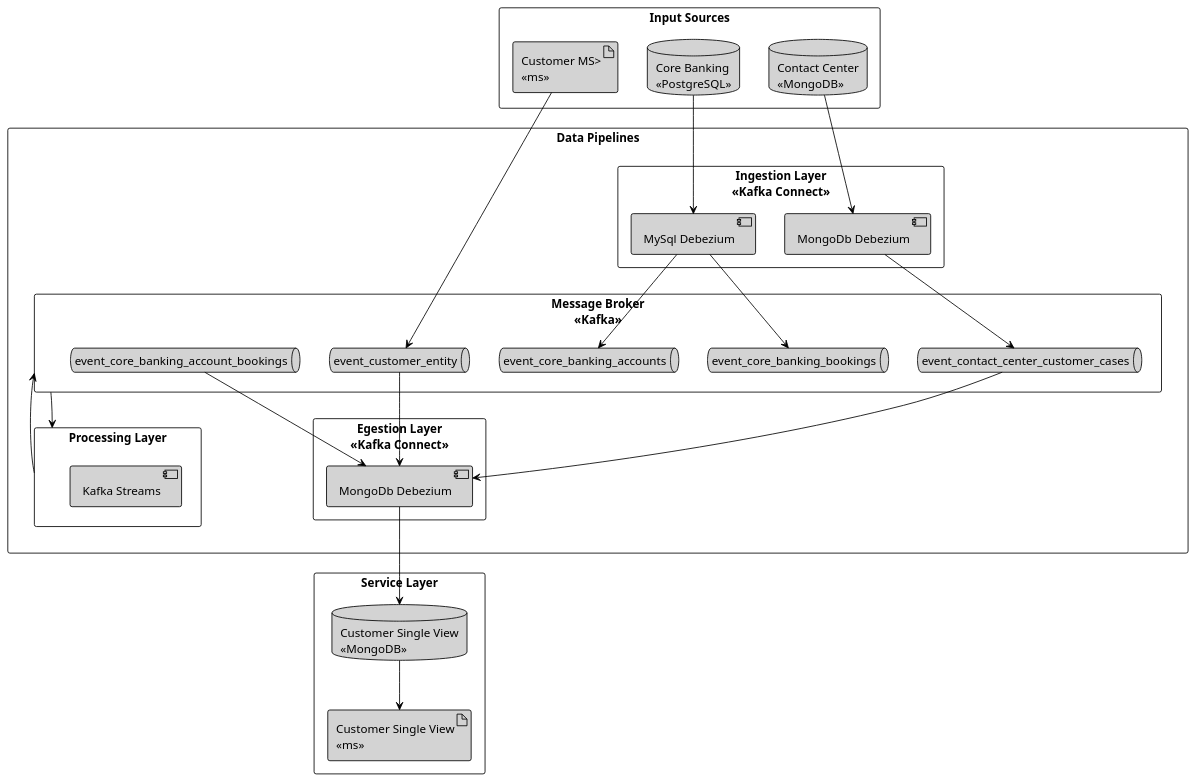
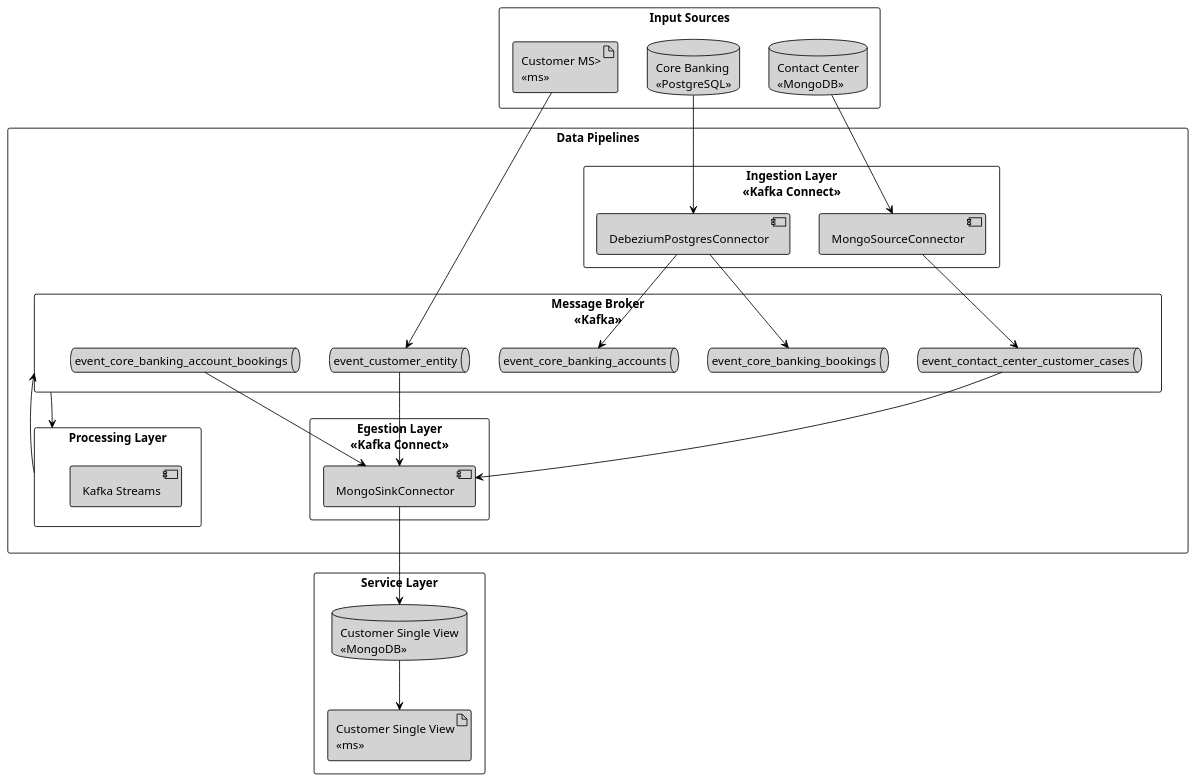
The diagram in doc/system-design.puml (scalvetr/costomer-single-view), drawn with PlantUML before and after one commit. The commit also changed 8 other files, not shown here.

Commit message:
kafka connect connectors config

```diff
--- a/doc/system-design.puml
+++ b/doc/system-design.puml
@@ -1,81 +1,81 @@
 @startuml
 'https://plantuml.com/deployment-diagram
 ''!theme aws-orange
 
 <style>
 componentDiagram {
   BackGroundColor white
   LineThickness 1
   LineColor black
 }
 database {
     BackGroundColor: lightgrey;
 }
 artifact {
     BackGroundColor: lightgrey;
 }
 component {
     BackGroundColor: lightgrey;
 }
 queue {
     BackGroundColor: lightgrey;
 }
 </style>
 
 rectangle "Input Sources" as inputs {
     artifact "Customer MS>\n<<ms>>" as ms_customer
     database "Core Banking\n<<PostgreSQL>>" as db_core_banking
     database "Contact Center\n<<MongoDB>>" as db_contact_center
 }
 
 rectangle "Data Pipelines" as pipelines {
     rectangle "Ingestion Layer\n<<Kafka Connect>>" as ingestion_layer {
-       component "MySql Debezium" as ingest_mysql_debezium
-       component "MongoDb Debezium" as ingest_mongodb_debezium
+       component "DebeziumPostgresConnector" as kafka_connect_postgres_source
+       component "MongoSourceConnector" as kafka_connect_mongo_source
     }
     rectangle "Message Broker\n<<Kafka>>" as message_broker {
         queue "event_customer_entity" as event_customer_entity
         queue "event_core_banking_bookings" as event_core_banking_bookings
         queue "event_core_banking_accounts" as event_core_banking_accounts
         queue "event_contact_center_customer_cases" as event_contact_center_customer_cases
         queue "event_core_banking_account_bookings" as event_core_banking_account_bookings
     }
 
     rectangle "Processing Layer" as processing_layer {
         component "Kafka Streams"
     }
 
     rectangle "Egestion Layer\n<<Kafka Connect>>" as egestion_layer {
-       component "MongoDb Debezium" as egest_mongodb_debezium
+       component "MongoSinkConnector" as kafka_connect_mongo_sink
     }
 
 }
 
 rectangle "Service Layer" as service_layer {
     artifact "Customer Single View\n<<ms>>" as ms_customer_single_view
     database "Customer Single View\n<<MongoDB>>" as db_customer_single_view
 }
 
 ' sources relations
 ms_customer --> event_customer_entity
-db_core_banking --> ingest_mysql_debezium
-db_contact_center --> ingest_mongodb_debezium
+db_core_banking --> kafka_connect_postgres_source
+db_contact_center --> kafka_connect_mongo_source
 
 ' ingest relations
-ingest_mysql_debezium --> event_core_banking_accounts
-ingest_mysql_debezium --> event_core_banking_bookings
-ingest_mongodb_debezium --> event_contact_center_customer_cases
+kafka_connect_postgres_source --> event_core_banking_accounts
+kafka_connect_postgres_source --> event_core_banking_bookings
+kafka_connect_mongo_source --> event_contact_center_customer_cases
 
-event_customer_entity --> egest_mongodb_debezium
-event_core_banking_account_bookings --> egest_mongodb_debezium
-event_contact_center_customer_cases --> egest_mongodb_debezium
+event_customer_entity --> kafka_connect_mongo_sink
+event_core_banking_account_bookings --> kafka_connect_mongo_sink
+event_contact_center_customer_cases --> kafka_connect_mongo_sink
 
 
-egest_mongodb_debezium --> db_customer_single_view
+kafka_connect_mongo_sink --> db_customer_single_view
 db_customer_single_view --> ms_customer_single_view
 
 
 message_broker --> processing_layer
 processing_layer --> message_broker
 
 @enduml
```
